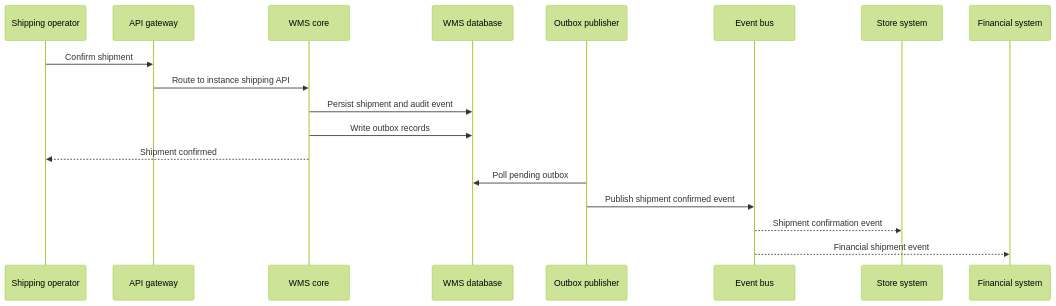
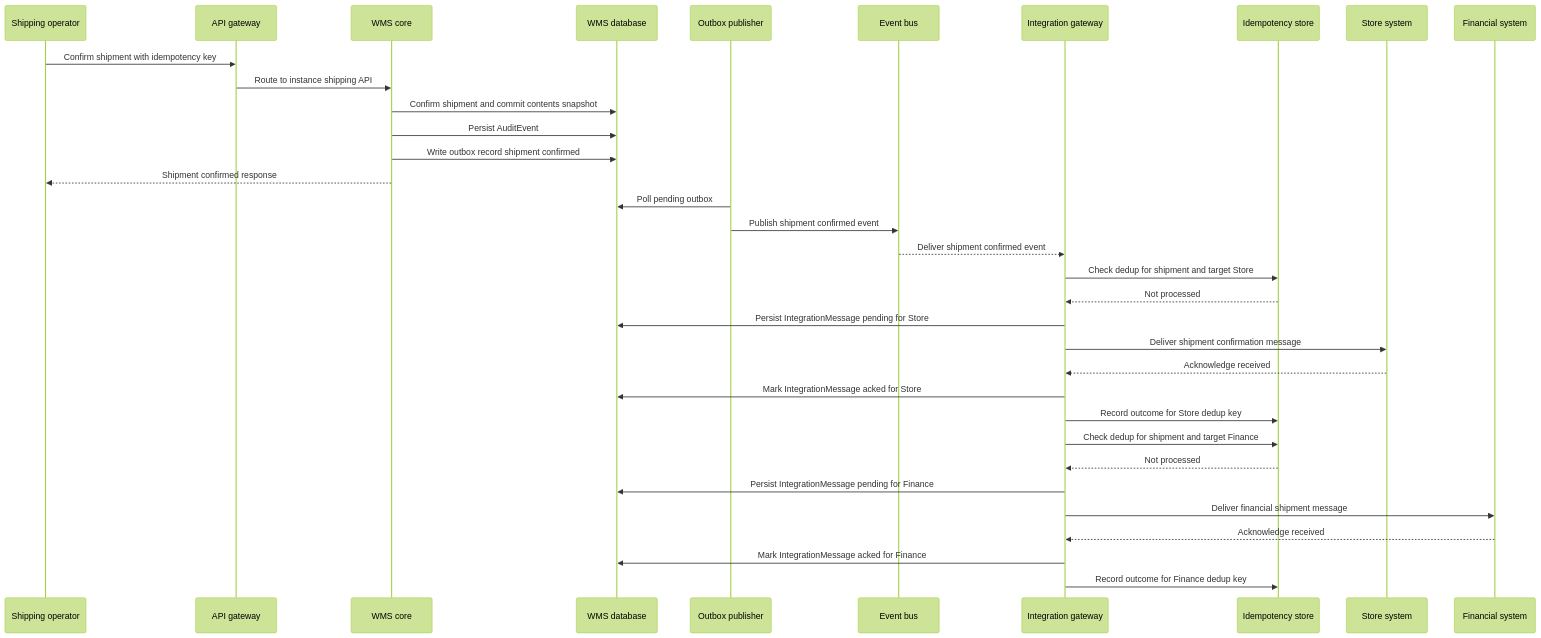
The eighth of 17 diagrams in Design/Architecture.md (otrebmuh/WMS_GPT5_2high), drawn with Mermaid (forest theme) before and after one commit. The commit also changed other lines of this file and 1 other file, not shown here.

````diff
--- a/Design/Architecture.md
+++ b/Design/Architecture.md
@@ -598,21 +600,40 @@
 ```mermaid
 sequenceDiagram
   participant User as Shipping operator
   participant GW as API gateway
   participant Core as WMS core
   participant DB as WMS database
   participant Out as Outbox publisher
   participant Bus as Event bus
+  participant Int as Integration gateway
+  participant Idem as Idempotency store
   participant Store as Store system
   participant Finance as Financial system
 
-  User->>GW: Confirm shipment
+  User->>GW: Confirm shipment with idempotency key
   GW->>Core: Route to instance shipping API
-  Core->>DB: Persist shipment and audit event
-  Core->>DB: Write outbox records
-  Core-->>User: Shipment confirmed
+  Core->>DB: Confirm shipment and commit contents snapshot
+  Core->>DB: Persist AuditEvent
+  Core->>DB: Write outbox record shipment confirmed
+  Core-->>User: Shipment confirmed response
+
   Out->>DB: Poll pending outbox
   Out->>Bus: Publish shipment confirmed event
-  Bus-->>Store: Shipment confirmation event
-  Bus-->>Finance: Financial shipment event
+
+  Bus-->>Int: Deliver shipment confirmed event
+  Int->>Idem: Check dedup for shipment and target Store
+  Idem-->>Int: Not processed
+  Int->>DB: Persist IntegrationMessage pending for Store
+  Int->>Store: Deliver shipment confirmation message
+  Store-->>Int: Acknowledge received
+  Int->>DB: Mark IntegrationMessage acked for Store
+  Int->>Idem: Record outcome for Store dedup key
+
+  Int->>Idem: Check dedup for shipment and target Finance
+  Idem-->>Int: Not processed
+  Int->>DB: Persist IntegrationMessage pending for Finance
+  Int->>Finance: Deliver financial shipment message
+  Finance-->>Int: Acknowledge received
+  Int->>DB: Mark IntegrationMessage acked for Finance
+  Int->>Idem: Record outcome for Finance dedup key
 ```
````
